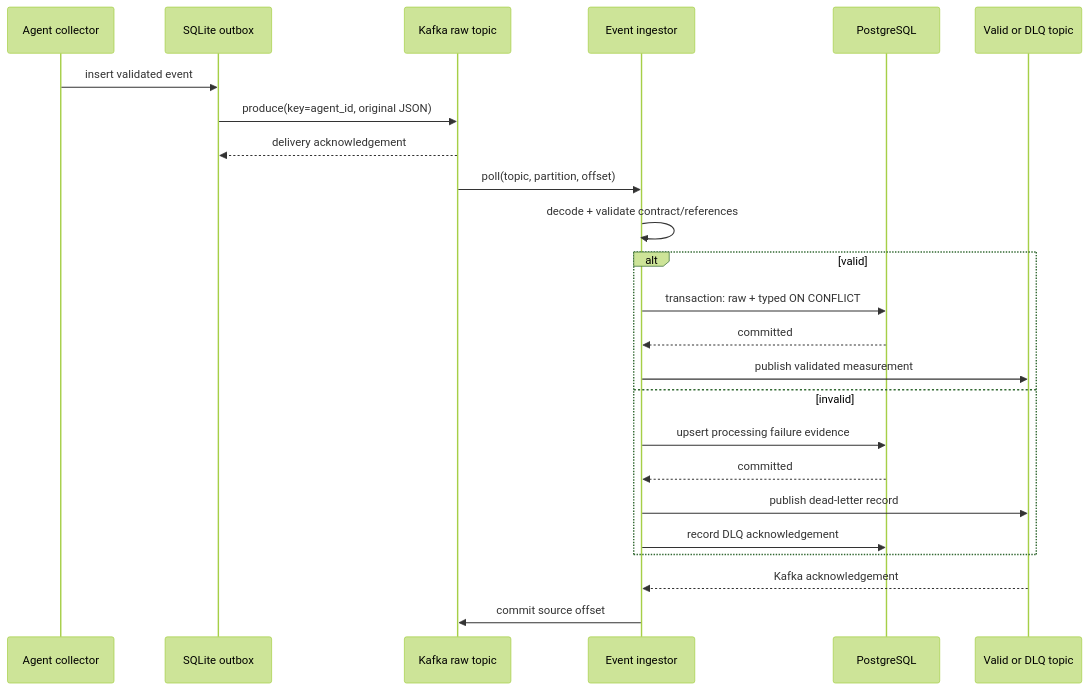
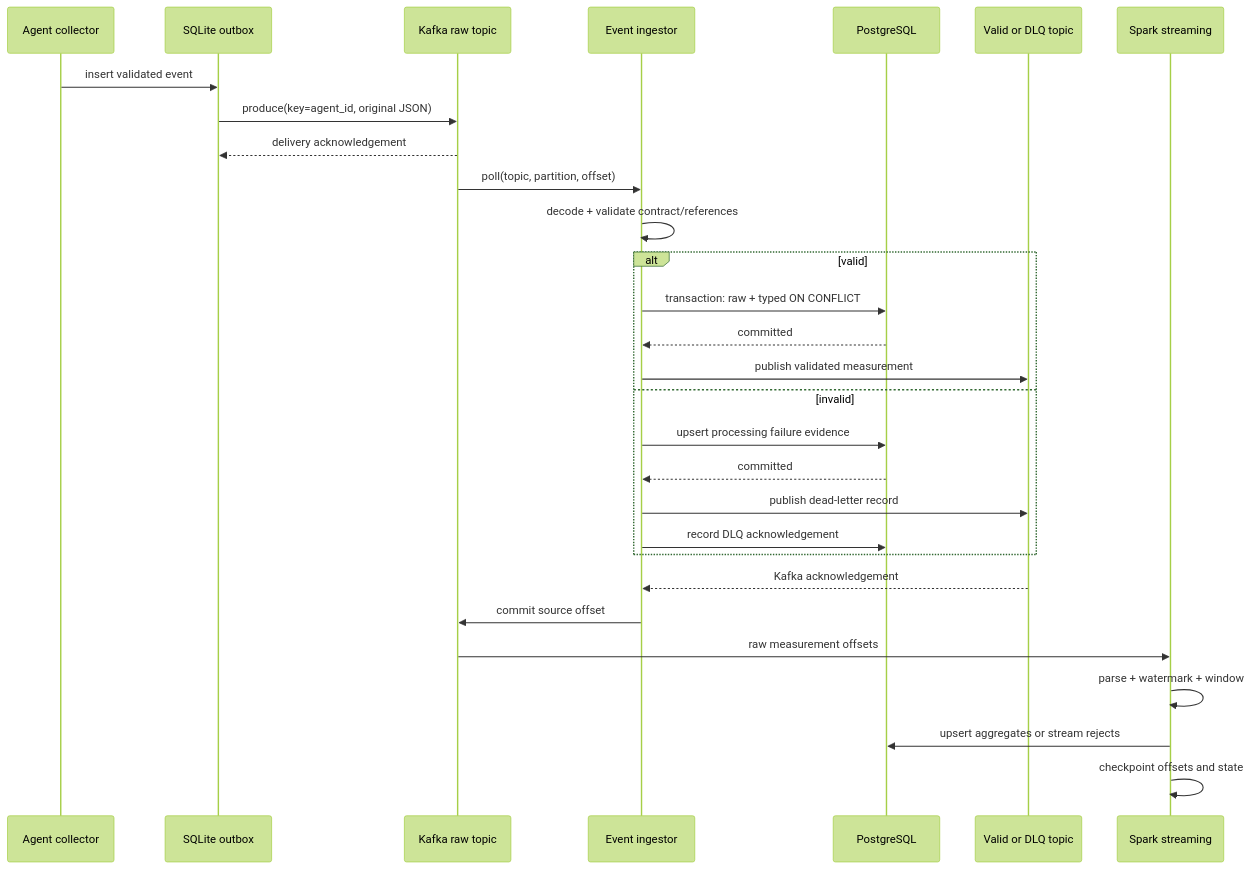
The first of 2 diagrams in docs/architecture.md (Jerry-Padilla/local-network-kafka-monitoring), drawn with Mermaid (forest theme) before and after one commit. The commit also changed other lines of this file and 38 other files, not shown here.

Commit message:
feat: add Spark Structured Streaming curation

````diff
--- a/docs/architecture.md
+++ b/docs/architecture.md
@@ -18,27 +21,32 @@
 ```mermaid
 sequenceDiagram
     participant A as Agent collector
     participant Q as SQLite outbox
     participant K as Kafka raw topic
     participant I as Event ingestor
     participant P as PostgreSQL
     participant O as Valid or DLQ topic
+    participant S as Spark streaming
 
     A->>Q: insert validated event
     Q->>K: produce(key=agent_id, original JSON)
     K-->>Q: delivery acknowledgement
     K->>I: poll(topic, partition, offset)
     I->>I: decode + validate contract/references
     alt valid
         I->>P: transaction: raw + typed ON CONFLICT
         P-->>I: committed
         I->>O: publish validated measurement
     else invalid
         I->>P: upsert processing failure evidence
         P-->>I: committed
         I->>O: publish dead-letter record
         I->>P: record DLQ acknowledgement
     end
     O-->>I: Kafka acknowledgement
     I->>K: commit source offset
+    K->>S: raw measurement offsets
+    S->>S: parse + watermark + window
+    S->>P: upsert aggregates or stream rejects
+    S->>S: checkpoint offsets and state
 ```
````
